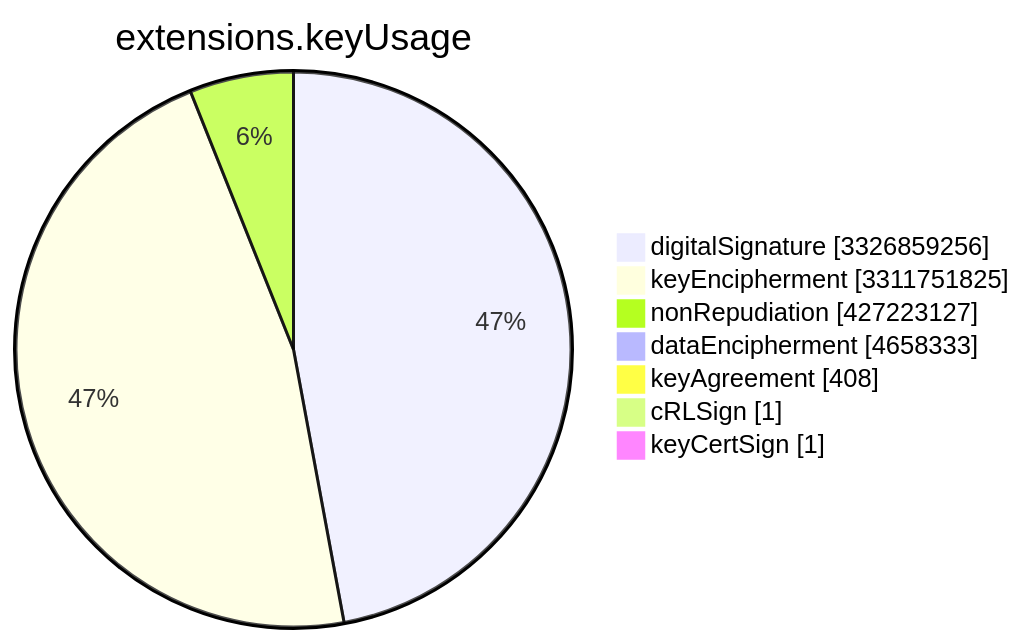
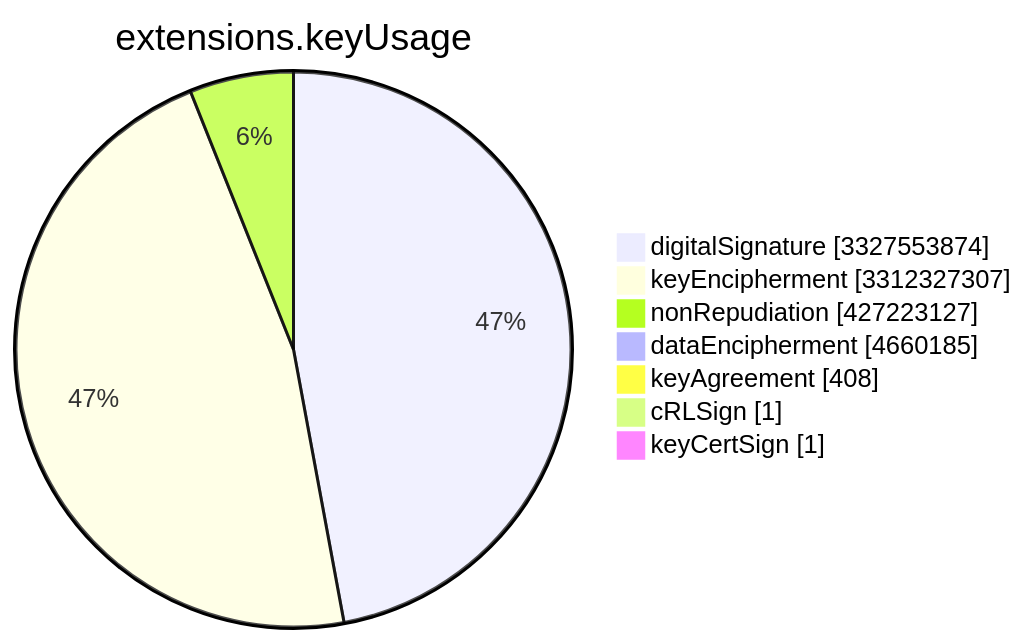
One commit to christiankrug/ctmonitor_visualization changed the sixth of 15 diagrams in TOTAL/README.md. Above: the diagram before and after it, drawn with Mermaid. The commit also changed other lines of this file, not shown here.

````diff
--- a/TOTAL/README.md
+++ b/TOTAL/README.md
@@ -3078,11 +3078,11 @@
 ```mermaid
 pie showData
 title extensions.keyUsage
-"digitalSignature" :3326859256
-"keyEncipherment" :3311751825
+"digitalSignature" :3327553874
+"keyEncipherment" :3312327307
 "nonRepudiation" :427223127
-"dataEncipherment" :4658333
+"dataEncipherment" :4660185
 "keyAgreement" :408
 "cRLSign" :1
 "keyCertSign" :1
 ```
````
